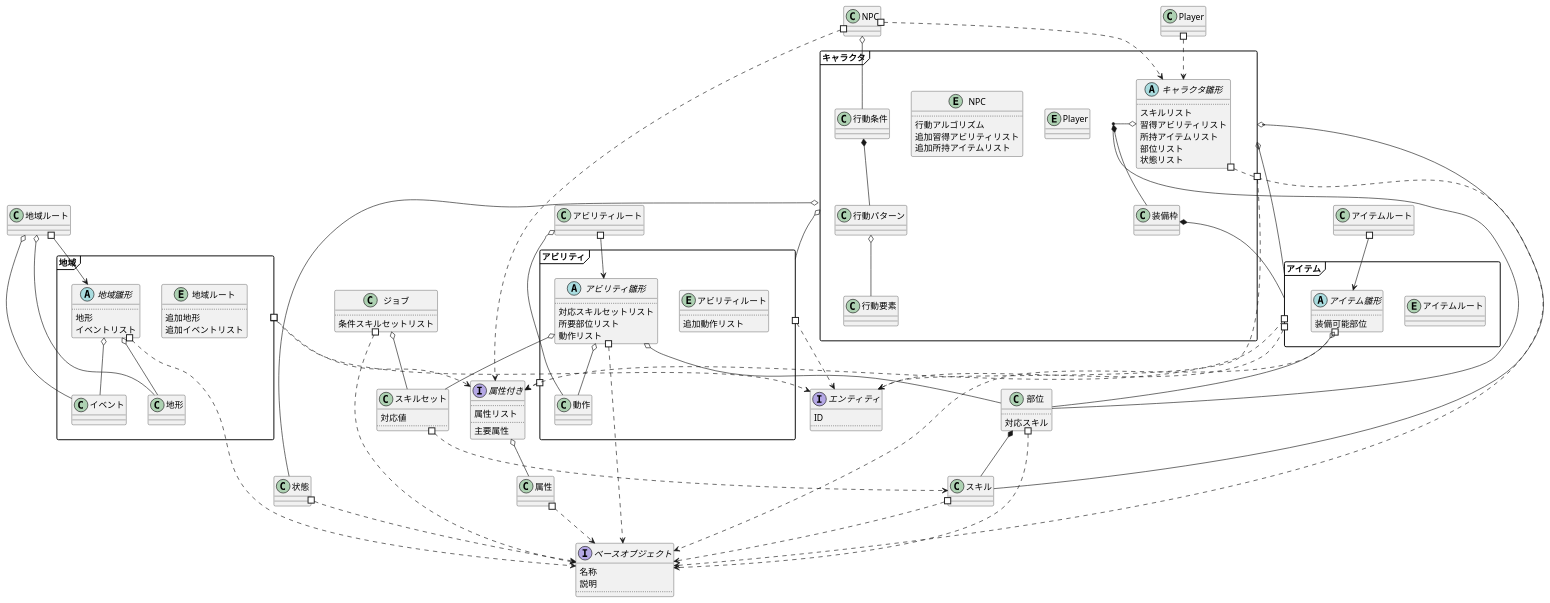
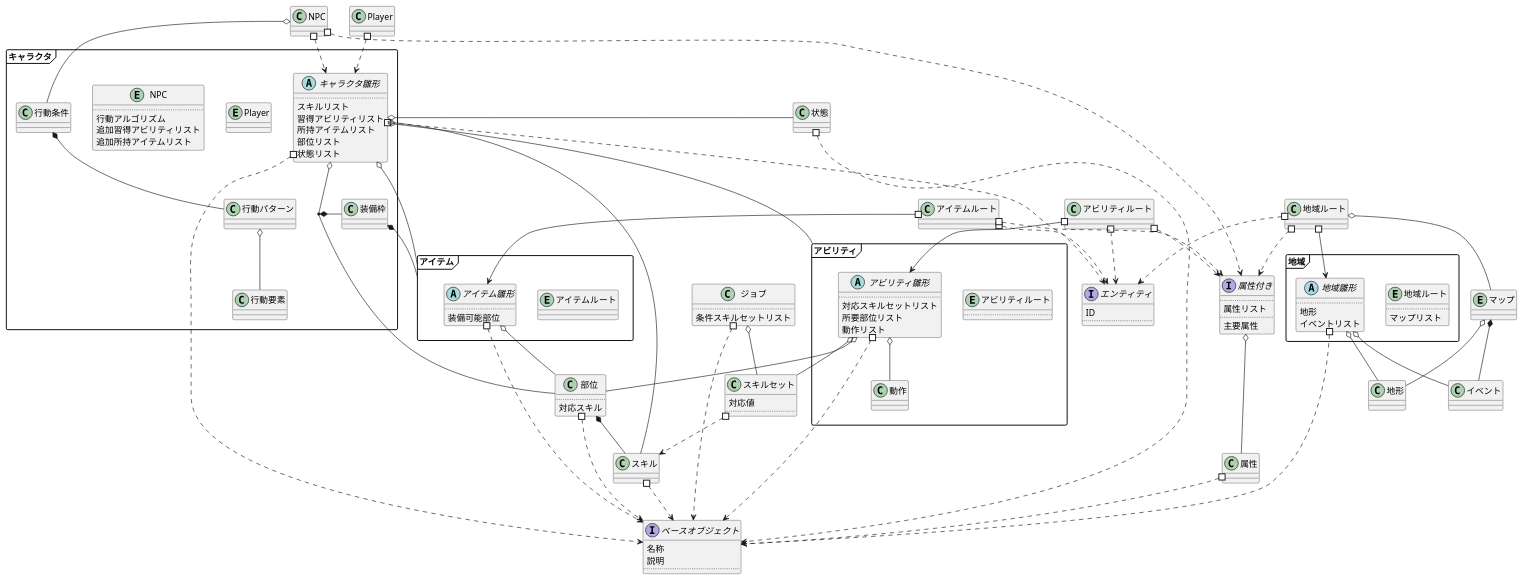
Before and after one commit to eckolo/RogueLikeLike: the diagram in Memo/Uml.wsd, drawn with PlantUML.

Commit message:
継承の出発地点は集約内部からに統一

```diff
--- a/Memo/Uml.wsd
+++ b/Memo/Uml.wsd
@@ -1,151 +1,150 @@
 @startuml 全体概要図
 
 skinparam packageStyle Frame
 
 interface ベースオブジェクト{
 	名称
 	説明
 	..
 }
 
 class スキル
 スキル #..> ベースオブジェクト
 class 状態
 状態 #..> ベースオブジェクト
 class 部位{
 	..
 	対応スキル
 }
 部位 #..> ベースオブジェクト
 部位 *-- スキル
 class スキルセット{
 	対応値
 	..
 }
 スキルセット #..> スキル
 class ジョブ{
 	..
 	条件スキルセットリスト
 }
 ジョブ #..> ベースオブジェクト
 ジョブ o-- スキルセット
 
 interface エンティティ{
 	ID
 	..
 }
 
 class 属性
 属性 #..> ベースオブジェクト
 interface 属性付き{
 	..
 	属性リスト
 	..
 	主要属性
 }
 属性付き o-- 属性
 
 namespace アビリティ{
 	entity アビリティルート{
 		..
-		追加動作リスト
 	}
 	abstract アビリティ雛形{
 		..
 		対応スキルセットリスト
 		所要部位リスト
 		動作リスト
 	}
 
 	.アビリティルート #--> アビリティ雛形
 	アビリティ雛形 #..> .ベースオブジェクト
 	アビリティ雛形 o-- .部位
 	アビリティ雛形 o-- .スキルセット
 
 	class 動作
-	.アビリティルート o-- 動作
 	アビリティ雛形 o-- 動作
 }
-アビリティ #..> エンティティ
-アビリティ #..> 属性付き
+アビリティルート #..> エンティティ
+アビリティルート #..> 属性付き
 
 namespace アイテム{
 	entity アイテムルート
 	abstract アイテム雛形{
 		..
 		装備可能部位
 	}
 
 	.アイテムルート #--> アイテム雛形
 	アイテム雛形 #..> .ベースオブジェクト
 	アイテム雛形 o-- .部位
 }
-アイテム #..> エンティティ
-アイテム #..> 属性付き
+アイテムルート #..> エンティティ
+アイテムルート #..> 属性付き
 
+class 地形
+class イベント
+entity マップ
+マップ o-- 地形
+マップ *-- イベント
 namespace 地域{
 	entity 地域ルート{
 		..
-		追加地形
-		追加イベントリスト
+		マップリスト
 	}
 	abstract 地域雛形{
 		..
 		地形
 		イベントリスト
 	}
-	class 地形
-	class イベント
 
 	.地域ルート #--> 地域雛形
 	地域雛形 #..> .ベースオブジェクト
-	地域雛形 o-- 地形
-	地域雛形 o-- イベント
-	.地域ルート o-- 地形
-	.地域ルート o-- イベント
+	地域雛形 o-- .地形
+	地域雛形 o-- .イベント
+	.地域ルート o-- .マップ
 }
-地域 #..> エンティティ
-地域 #..> 属性付き
+地域ルート #..> エンティティ
+地域ルート #..> 属性付き
 
 namespace キャラクタ{
 	abstract キャラクタ雛形{
 		..
 		スキルリスト
 		習得アビリティリスト
 		所持アイテムリスト
 		部位リスト
 		状態リスト
 	}
 
 	キャラクタ雛形 #..> .ベースオブジェクト
-	キャラクタ雛形 o- .部位
+	キャラクタ雛形 o-- .部位
 	class 装備枠
 	(キャラクタ雛形,.部位) *- 装備枠
 	装備枠 *-- アイテム
 
 	entity Player
 	.Player #..> キャラクタ雛形
 
 	entity NPC{
 		..
 		行動アルゴリズム
 		追加習得アビリティリスト
 		追加所持アイテムリスト
 	}
 	.NPC #..> .属性付き
 	.NPC #..> キャラクタ雛形
 
 	class 行動条件
 	class 行動パターン
 	class 行動要素
 	.NPC o-- 行動条件
 	行動条件 *-- 行動パターン
 	行動パターン o-- 行動要素
 }
-キャラクタ #..> エンティティ
-キャラクタ o-- スキル
-キャラクタ o-- アビリティ
-キャラクタ o-- 状態
-キャラクタ o-- アイテム
+キャラクタ.キャラクタ雛形 #..> エンティティ
+キャラクタ.キャラクタ雛形 o- スキル
+キャラクタ.キャラクタ雛形 o- アビリティ
+キャラクタ.キャラクタ雛形 o- 状態
+キャラクタ.キャラクタ雛形 o- アイテム
 
 @enduml
```
